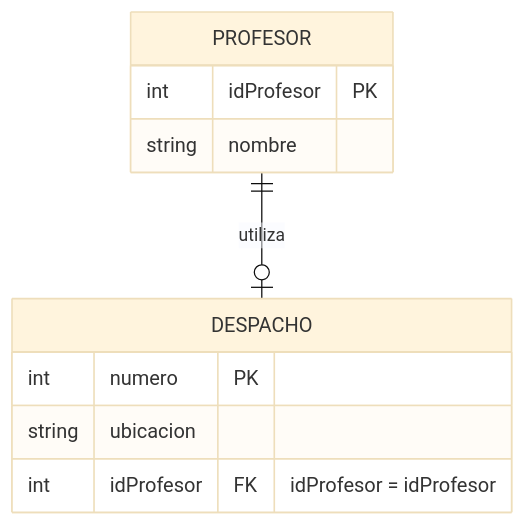
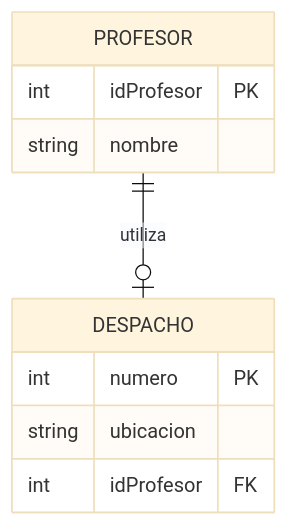
The second of 12 diagrams in Untitled.md (Winareku/StarLab), drawn with Mermaid (base theme) before and after one commit. The commit also changed other lines of this file and 3 other files, not shown here.

````diff
--- a/Untitled.md
+++ b/Untitled.md
@@ -45,13 +93,13 @@
 ```mermaid
 erDiagram
-    PROFESOR ||--o| DESPACHO : utiliza
+    PROFESOR ||--o| DESPACHO : "utiliza"
     PROFESOR {
         int idProfesor PK
         string nombre
     }
     DESPACHO {
         int numero PK
         string ubicacion
-        int idProfesor FK "idProfesor = idProfesor"
+        int idProfesor FK
     }
 ```
````
